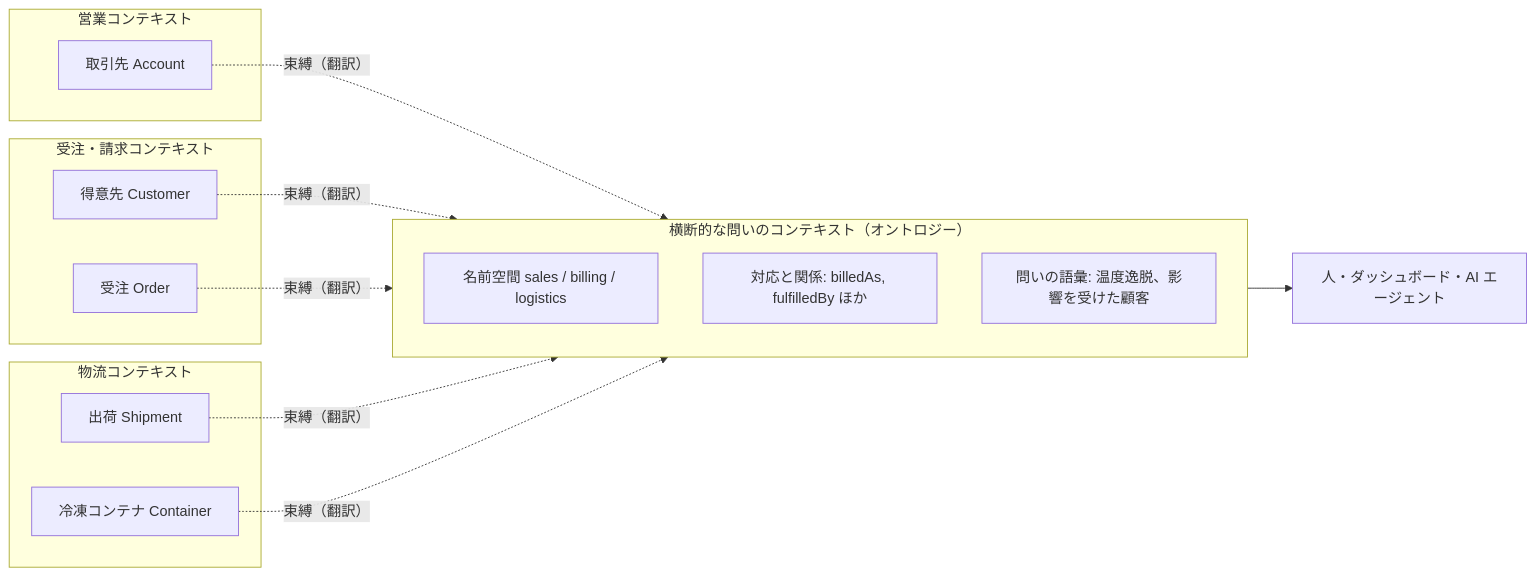
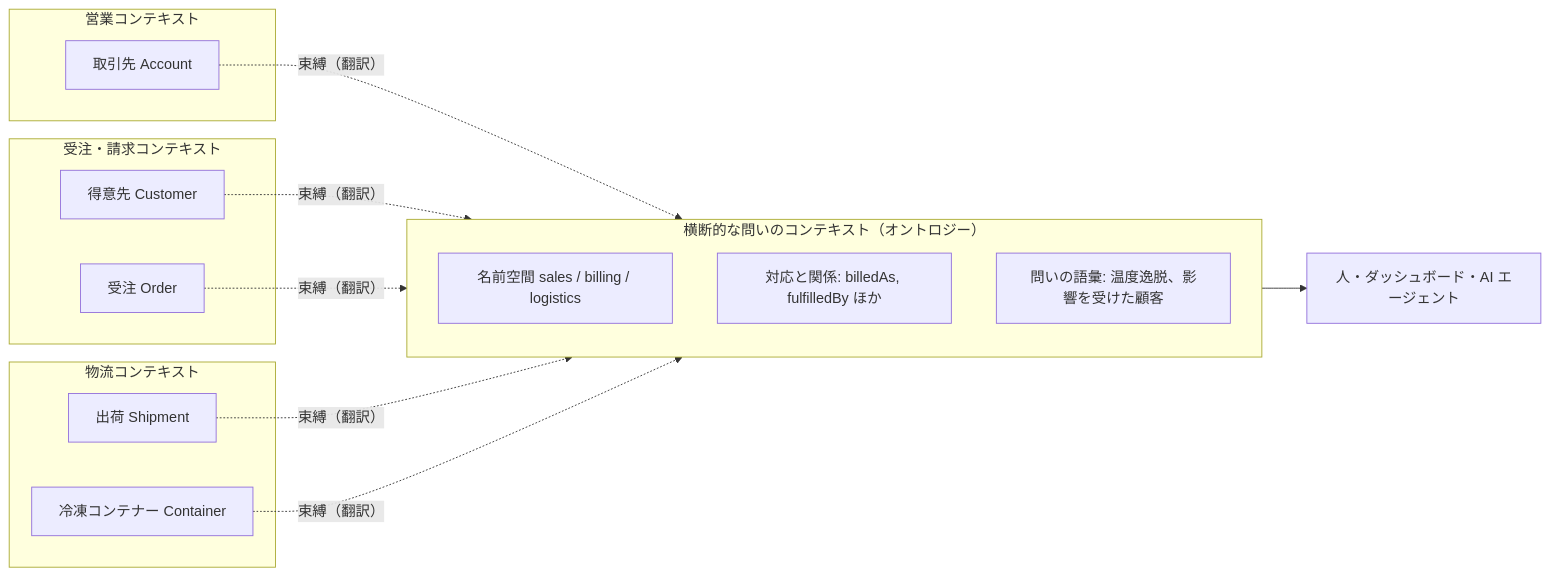
Before and after one commit to yoichiozaki/yoichiozaki.github.io: the third of 4 diagrams in content/blog/ja/what-is-an-ontology.mdx, drawn with Mermaid. The commit also changed other lines of this file and 117 other files, not shown here.

````diff
--- a/content/blog/ja/what-is-an-ontology.mdx
+++ b/content/blog/ja/what-is-an-ontology.mdx
@@ -398,26 +398,26 @@
 ```mermaid
 flowchart LR
   subgraph Sales["営業コンテキスト"]
     A["取引先 Account"]
   end
   subgraph Billing["受注・請求コンテキスト"]
     C["得意先 Customer"]
     O["受注 Order"]
   end
   subgraph Logistics["物流コンテキスト"]
     S["出荷 Shipment"]
-    K["冷凍コンテナ Container"]
+    K["冷凍コンテナー Container"]
   end
   subgraph Onto["横断的な問いのコンテキスト（オントロジー）"]
     direction TB
     NS["名前空間 sales / billing / logistics"]
     R["対応と関係: billedAs, fulfilledBy ほか"]
     Q["問いの語彙: 温度逸脱、影響を受けた顧客"]
   end
   A -.->|"束縛（翻訳）"| NS
   C -.->|"束縛（翻訳）"| NS
   O -.->|"束縛（翻訳）"| NS
   S -.->|"束縛（翻訳）"| NS
   K -.->|"束縛（翻訳）"| NS
   Onto --> U["人・ダッシュボード・AI エージェント"]
 ```
````
